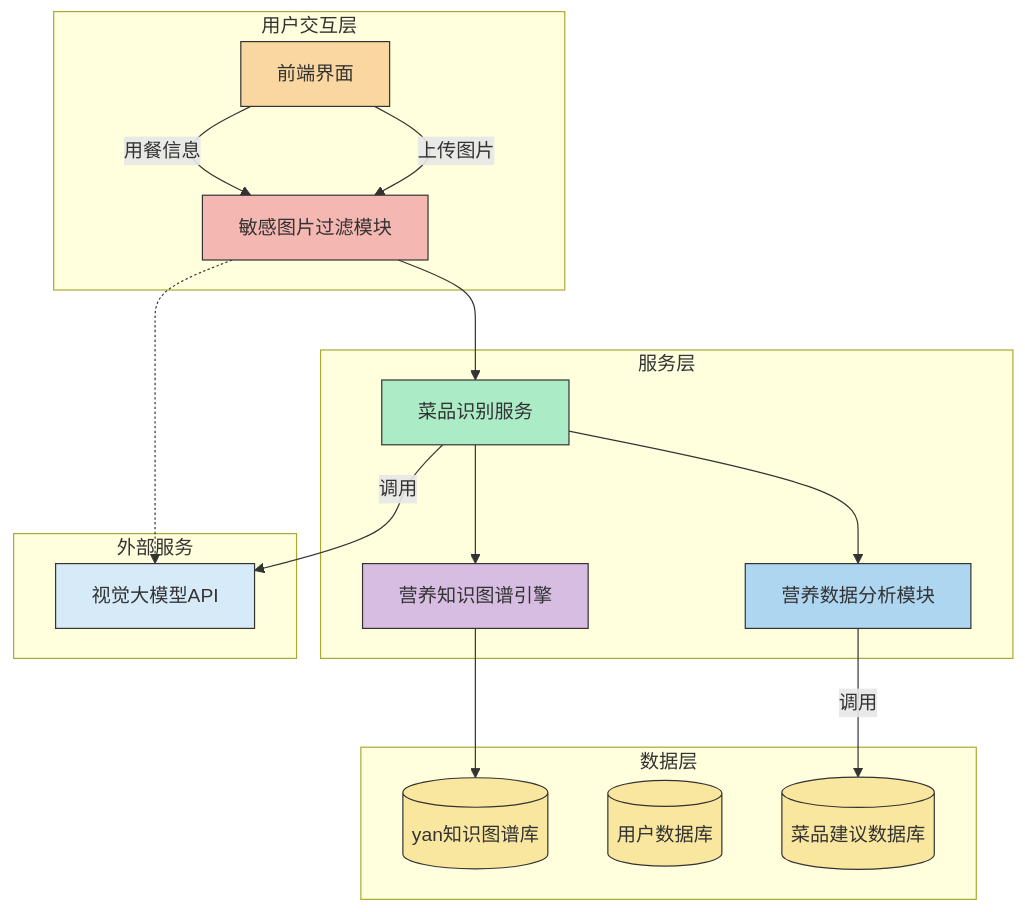
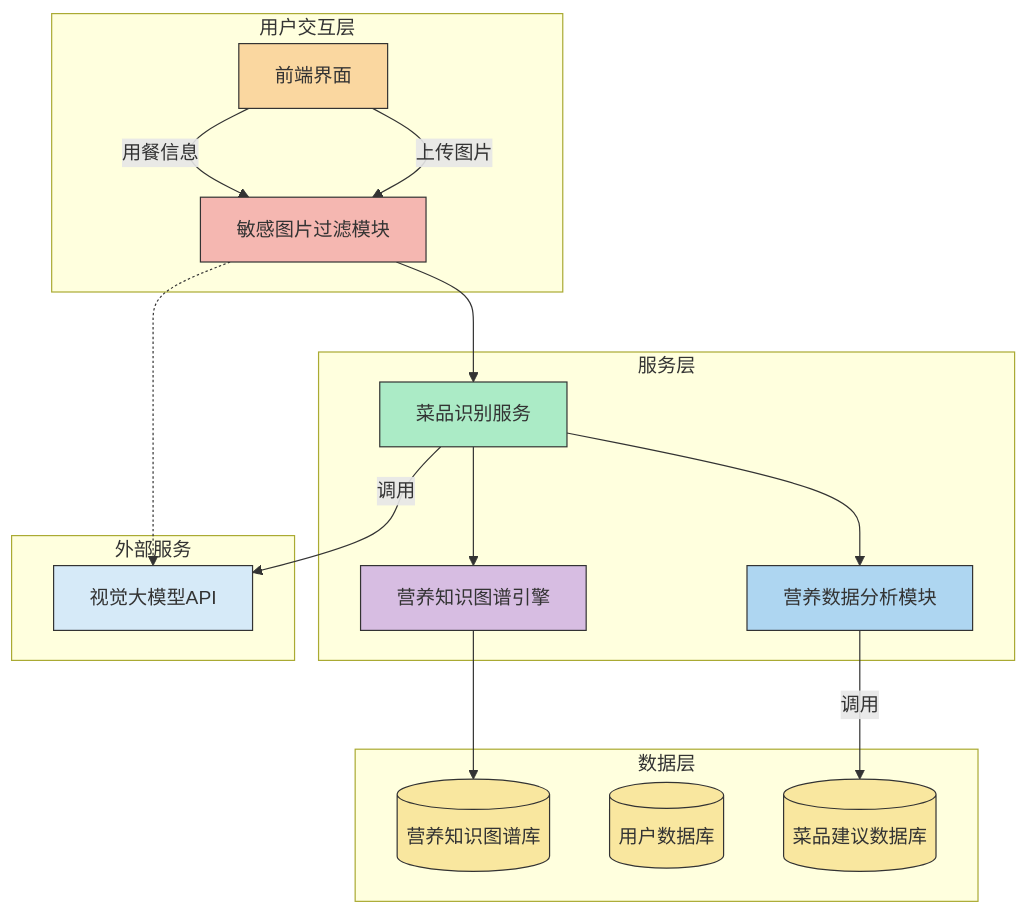
Before and after one commit to funnyData/iodraw-files: the diagram in all/未命名-1.md, drawn with Mermaid.

Commit message:
2025-03-19 16:58:45 update

````diff
--- a/all/未命名-1.md
+++ b/all/未命名-1.md
@@ -1,39 +1,39 @@
 ```mermaid
 %% 系统架构图（基于网页1/3/4/6的流程图语法优化）
 flowchart TD
     subgraph 用户交互层
         A[前端界面] -->|用餐信息| B[敏感图片过滤模块]
         style A fill:#FAD7A0,stroke:#333
         style B fill:#F5B7B1,stroke:#333
     end
 
     subgraph 服务层
         B --> C[菜品识别服务]
         
         C --> E[营养知识图谱引擎]
         C --> D[营养数据分析模块]
         style C fill:#ABEBC6,stroke:#333
         style D fill:#AED6F1,stroke:#333
         style E fill:#D7BDE2,stroke:#333
     end
 
     subgraph 数据层
-        E --> H[(yan知识图谱库)]
+        E --> H[(营养知识图谱库)]
         F[(用户数据库)]
         G[(菜品建议数据库)]
         
         style F fill:#F9E79F,stroke:#333,shape:cylinder
         style G fill:#F9E79F,stroke:#333,shape:cylinder
         style H fill:#F9E79F,stroke:#333,shape:cylinder
     end
 
     subgraph 外部服务
         B -.-> I[视觉大模型API]
         style I fill:#D6EAF8,stroke:#333
     end
 
 
     A -->|上传图片| B
     C -->|调用| I
     D -->|调用| G
 ```
````
